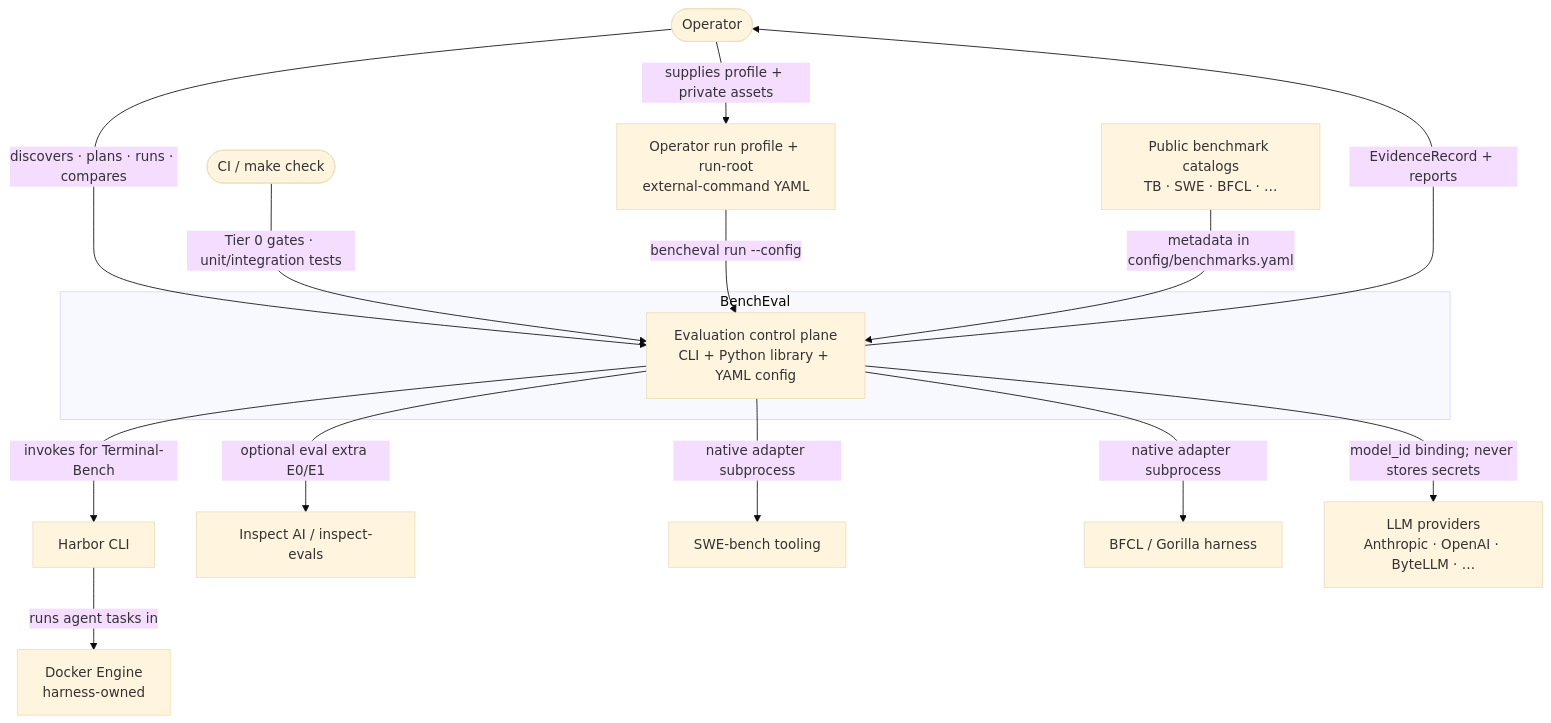
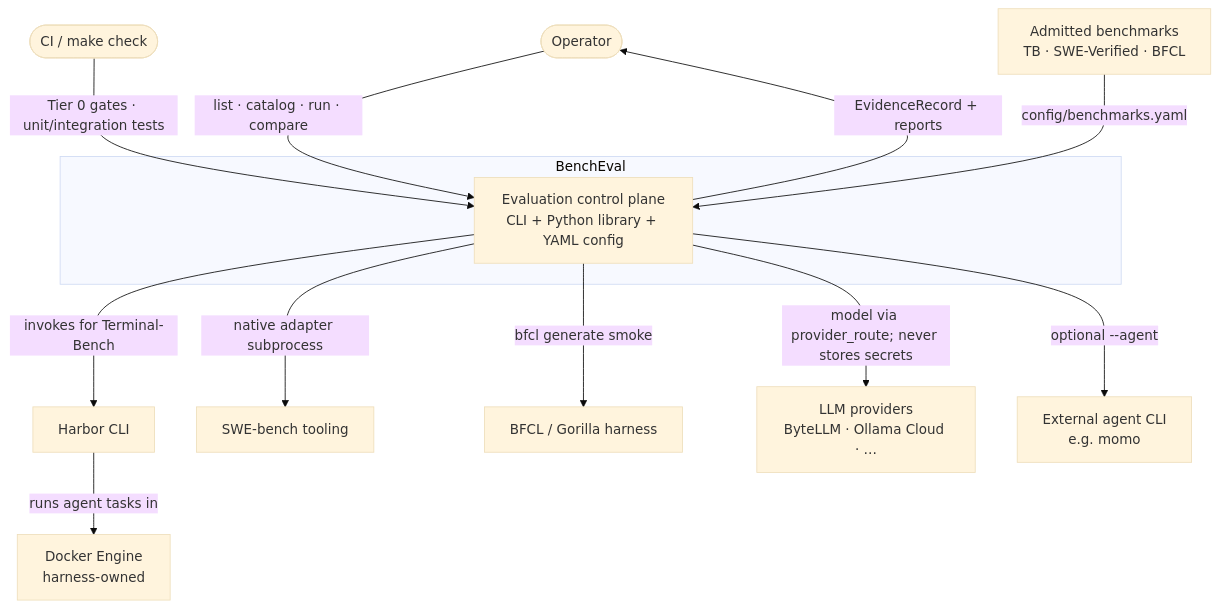
The diagram in docs/diagrams/context.md (Lyther/BenchEval), drawn with Mermaid (base theme) before and after one commit. The commit also changed other lines of this file and 323 other files, not shown here.

````diff
--- a/docs/diagrams/context.md
+++ b/docs/diagrams/context.md
@@ -5,31 +5,28 @@
 ```mermaid
 flowchart TB
     Op([Operator])
     CI([CI / make check])
 
     subgraph System["BenchEval"]
         BE["Evaluation control plane<br/>CLI + Python library + YAML config"]
     end
 
     Harbor["Harbor CLI"]
     Docker["Docker Engine<br/>harness-owned"]
-    Inspect["Inspect AI / inspect-evals"]
     SWE["SWE-bench tooling"]
     BFCL["BFCL / Gorilla harness"]
-    Provider["LLM providers<br/>Anthropic · OpenAI · ByteLLM · …"]
-    OpProfile["Operator run profile + run-root<br/>external-command YAML"]
-    Catalog["Public benchmark catalogs<br/>TB · SWE · BFCL · …"]
+    Provider["LLM providers<br/>ByteLLM · Ollama Cloud · …"]
+    AgentCLI["External agent CLI<br/>e.g. momo"]
+    Catalog["Admitted benchmarks<br/>TB · SWE-Verified · BFCL"]
 
-    Op -->|discovers · plans · runs · compares| BE
+    Op -->|list · catalog · run · compare| BE
     CI -->|Tier 0 gates · unit/integration tests| BE
     BE -->|invokes for Terminal-Bench| Harbor
     Harbor -->|runs agent tasks in| Docker
-    BE -->|optional eval extra E0/E1| Inspect
     BE -->|native adapter subprocess| SWE
-    BE -->|native adapter subprocess| BFCL
-    BE -->|model_id binding; never stores secrets| Provider
-    Op -->|supplies profile + private assets| OpProfile
-    OpProfile -->|bencheval run --config| BE
-    Catalog -->|metadata in config/benchmarks.yaml| BE
+    BE -->|bfcl generate smoke| BFCL
+    BE -->|model via provider_route; never stores secrets| Provider
+    BE -->|optional --agent| AgentCLI
+    Catalog -->|config/benchmarks.yaml| BE
     BE -->|EvidenceRecord + reports| Op
 ```
````
